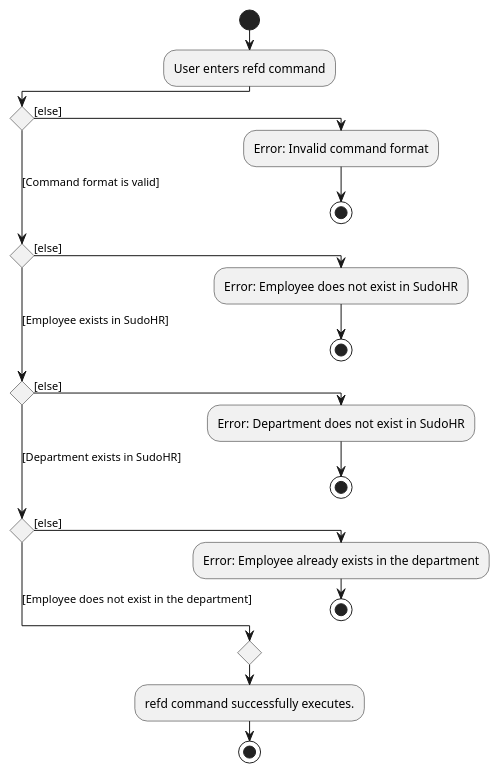
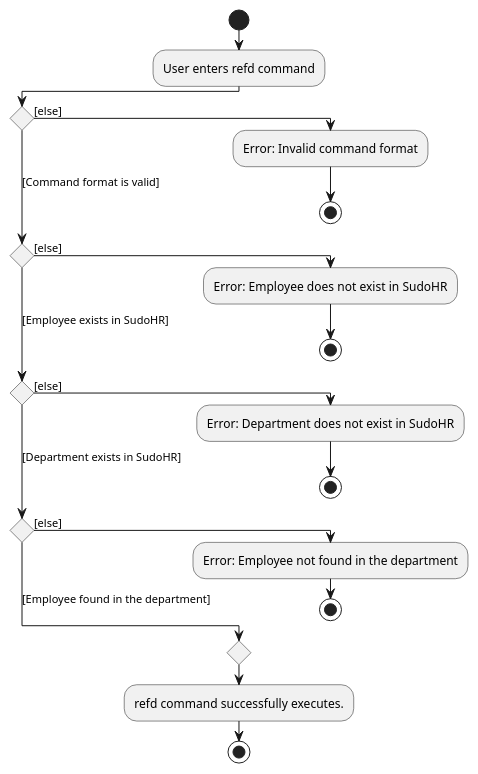
The diagram in docs/diagrams/commands/department/RemoveEmployeeFromDepartmentActivityDiagram.puml (nus-cs2103-AY2223S2/tp), drawn with PlantUML before and after one commit. The commit also changed 5 other files, not shown here.

```diff
--- a/docs/diagrams/commands/department/RemoveEmployeeFromDepartmentActivityDiagram.puml
+++ b/docs/diagrams/commands/department/RemoveEmployeeFromDepartmentActivityDiagram.puml
@@ -2,22 +2,22 @@
 @startuml
 !pragma useVerticalIf on
 start
 :User enters refd command;
 if () then ([else])
   :Error: Invalid command format;
   stop
 ([Command format is valid])elseif () then ([else])
   :Error: Employee does not exist in SudoHR;
   stop
 ([Employee exists in SudoHR])elseif () then ([else])
  :Error: Department does not exist in SudoHR;
   stop
 ([Department exists in SudoHR])elseif () then ([else])
-  :Error: Employee already exists in the department;
+  :Error: Employee not found in the department;
   stop
- else ([Employee does not exist in the department])
+ else ([Employee found in the department])
 endif
   :refd command successfully executes.;
 stop
 
 @enduml
```
